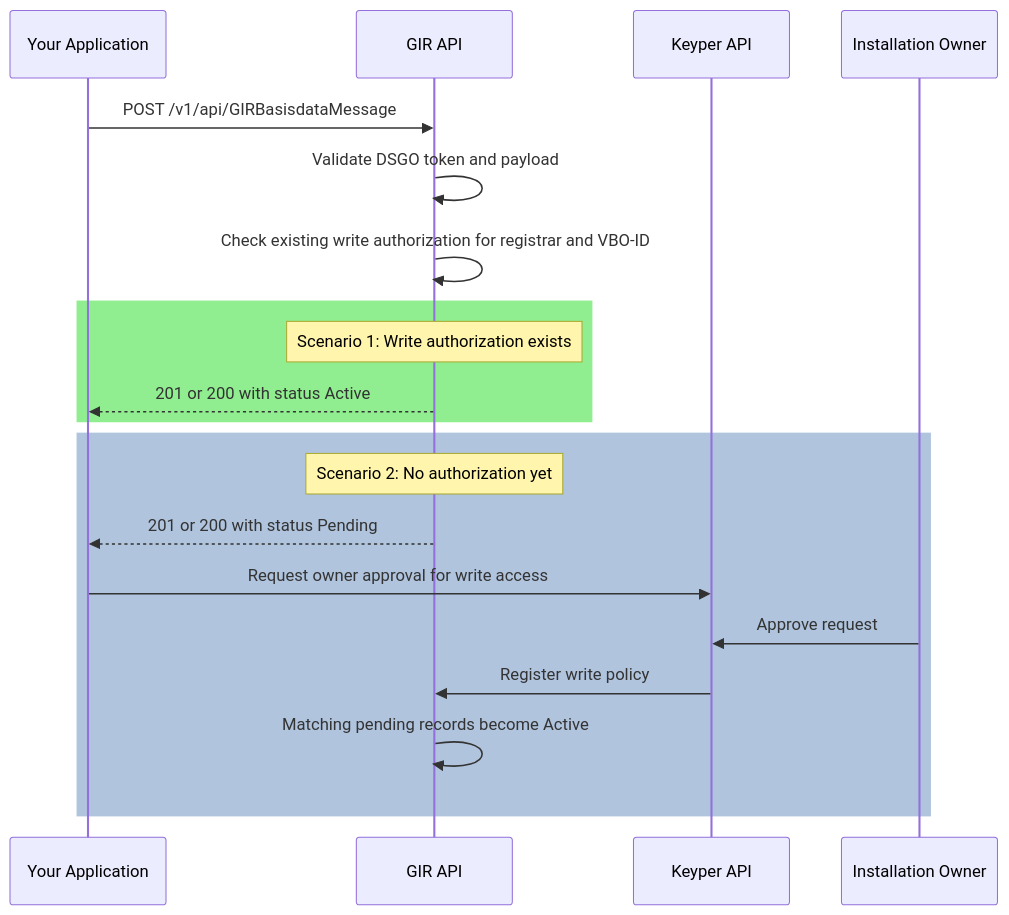
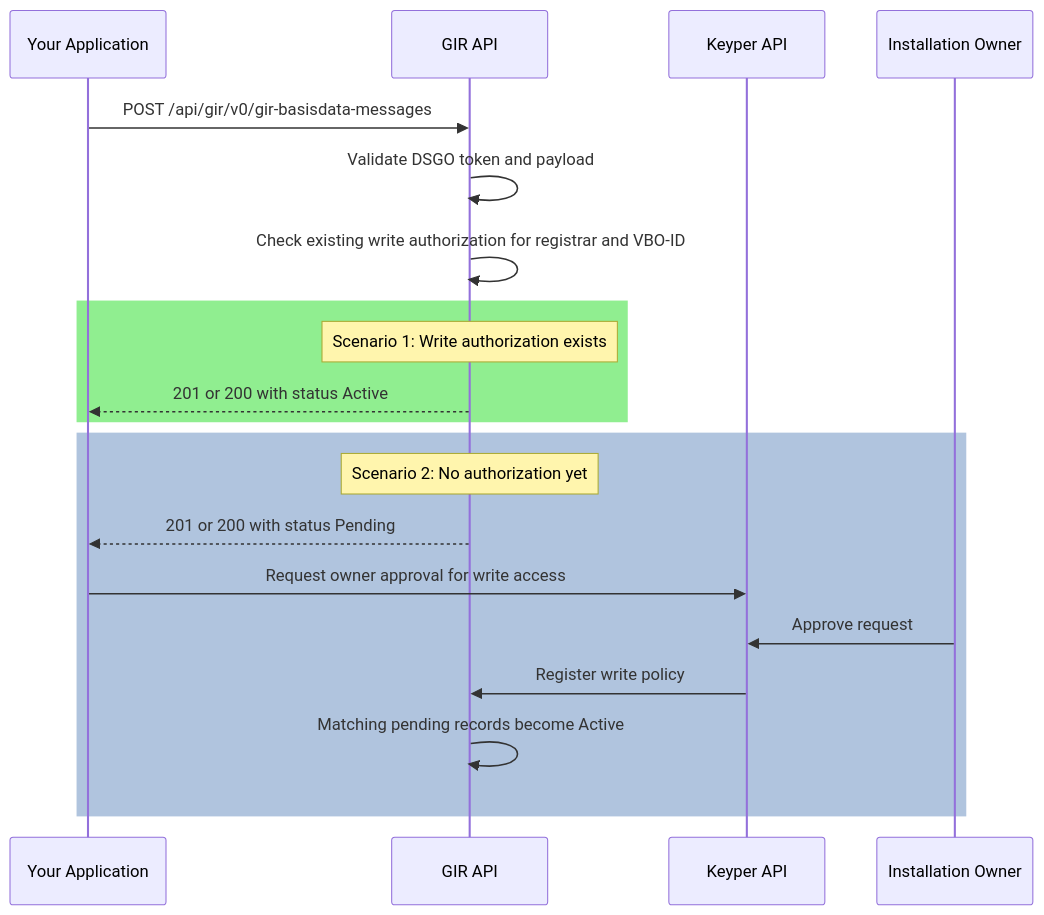
Before and after one commit to POORT8/Poort8.Docs: the diagram in gir/insert-installation.md, drawn with Mermaid. The commit also changed other lines of this file and 10 other files, not shown here.

````diff
--- a/gir/insert-installation.md
+++ b/gir/insert-installation.md
@@ -23,25 +23,25 @@
 ```mermaid
 sequenceDiagram
     participant App as Your Application
     participant GIR as GIR API
     participant Keyper as Keyper API
     participant Owner as Installation Owner
 
-    App->>GIR: POST /v1/api/GIRBasisdataMessage
+    App->>GIR: POST /api/gir/v0/gir-basisdata-messages
     GIR->>GIR: Validate DSGO token and payload
     GIR->>GIR: Check existing write authorization for registrar and VBO-ID
 
     rect rgb(144, 238, 144)
     note over GIR: Scenario 1: Write authorization exists
     GIR-->>App: 201 or 200 with status Active
     end
 
     rect rgb(176, 196, 222)
     note over GIR: Scenario 2: No authorization yet
     GIR-->>App: 201 or 200 with status Pending
     App->>Keyper: Request owner approval for write access
     Owner->>Keyper: Approve request
     Keyper->>GIR: Register write policy
     GIR->>GIR: Matching pending records become Active
     end
 ```
````
